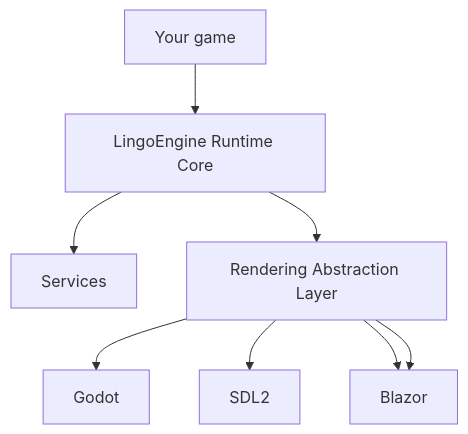
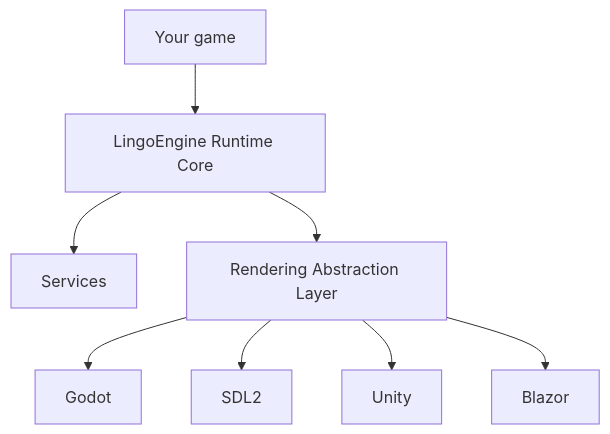
One commit to EmmanuelTheCreator/BlingoEngine changed the diagram in README.md. Above: the diagram before and after it, drawn with Mermaid.

Commit message:
Update Blazor reference in README

````diff
--- a/README.md
+++ b/README.md
@@ -254,13 +254,13 @@
 ```mermaid
 graph TD
 
 %% Top-level flow
 A[Your game] --> B[LingoEngine Runtime Core]
 B --> C[Services]
 B --> D[Rendering Abstraction Layer]
 D --> E1[Godot]
 D --> E2[SDL2]
 D --> E3[Unity]
-D --> E3[Blazor]
+D --> E4[Blazor]
 
 ```
````
